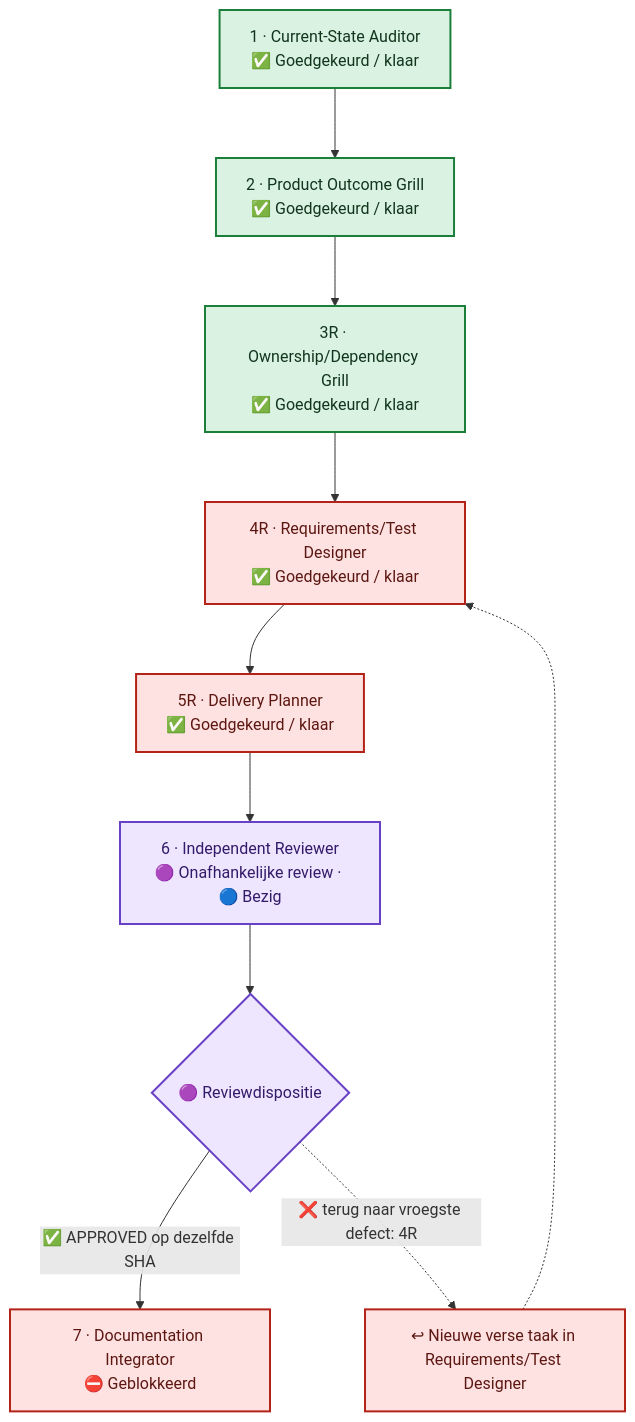
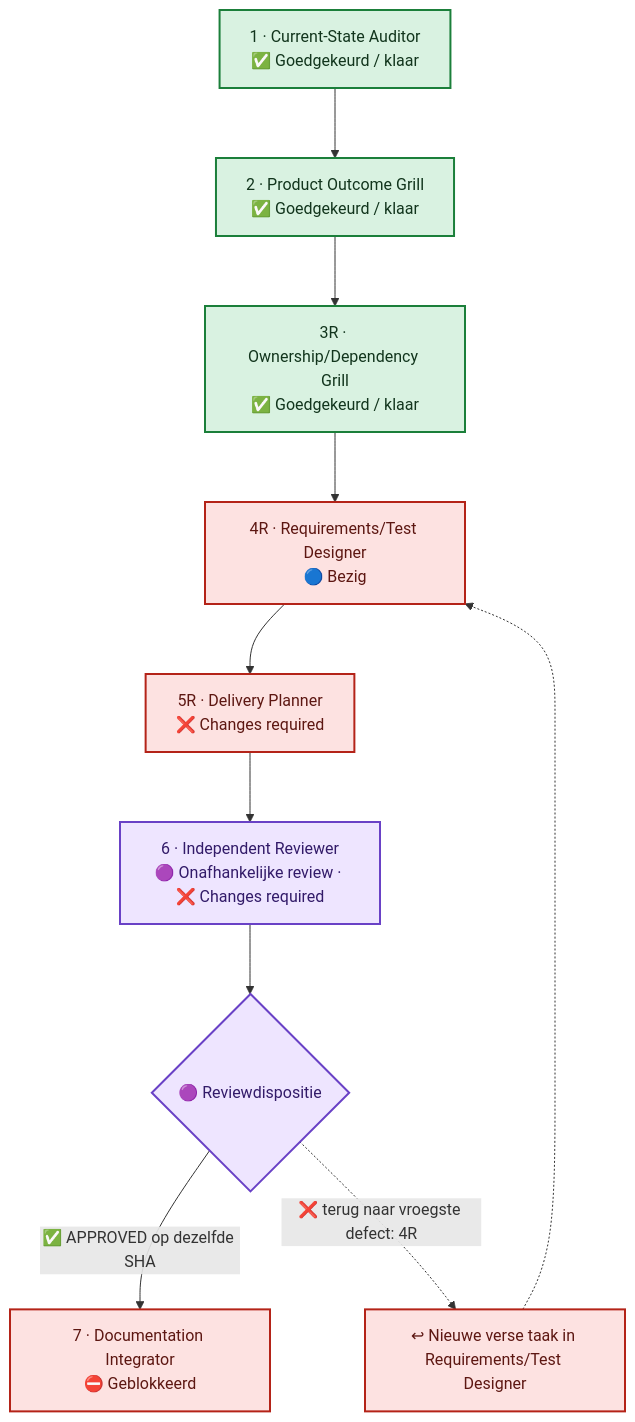
Before and after one commit to Jandesch91/n1-bioforge-requirements-cockpit: the first of 2 diagrams in README.md, drawn with Mermaid. The commit also changed other lines of this file and 4 other files, not shown here.

````diff
--- a/README.md
+++ b/README.md
@@ -19,26 +19,26 @@
 ```mermaid
 %%{init: {"flowchart": {"curve": "basis", "nodeSpacing": 60, "rankSpacing": 70, "htmlLabels": true}}}%%
 flowchart TB
     %% A vertical main lane prevents crossing arrows. The review return uses one side lane.
     phase_1["1 · Current-State Auditor<br/>✅ Goedgekeurd / klaar"]
     phase_2["2 · Product Outcome Grill<br/>✅ Goedgekeurd / klaar"]
     phase_3r["3R · Ownership/Dependency Grill<br/>✅ Goedgekeurd / klaar"]
-    phase_4r["4R · Requirements/Test Designer<br/>✅ Goedgekeurd / klaar"]
-    phase_5r["5R · Delivery Planner<br/>✅ Goedgekeurd / klaar"]
-    phase_6["6 · Independent Reviewer<br/>🟣 Onafhankelijke review · 🔵 Bezig"]
+    phase_4r["4R · Requirements/Test Designer<br/>🔵 Bezig"]
+    phase_5r["5R · Delivery Planner<br/>❌ Changes required"]
+    phase_6["6 · Independent Reviewer<br/>🟣 Onafhankelijke review · ❌ Changes required"]
     phase_7["7 · Documentation Integrator<br/>⛔ Geblokkeerd"]
     phase_1 --> phase_2 --> phase_3r --> phase_4r --> phase_5r --> phase_6
     review_decision{"🟣 Reviewdispositie"}
     phase_6 --> review_decision
     review_decision -->|"✅ APPROVED op dezelfde SHA"| phase_7
     review_decision -.->|"❌ terug naar vroegste defect: 4R"| return_lane["↩ Nieuwe verse taak in Requirements/Test Designer"]
     return_lane -.-> phase_4r
     classDef approved fill:#D9F2E1,stroke:#1B7F3A,color:#12351D,stroke-width:2px
     classDef changes fill:#FDE2E1,stroke:#B42318,color:#5D1712,stroke-width:2px
     classDef blocked fill:#FDE2E1,stroke:#B42318,color:#5D1712,stroke-width:2px
     classDef review fill:#EEE5FF,stroke:#6941C6,color:#321B69,stroke-width:2px
     class phase_1,phase_2,phase_3r approved
     class phase_4r changes
     class phase_5r,phase_7,return_lane blocked
     class phase_6,review_decision review
 ```
````
